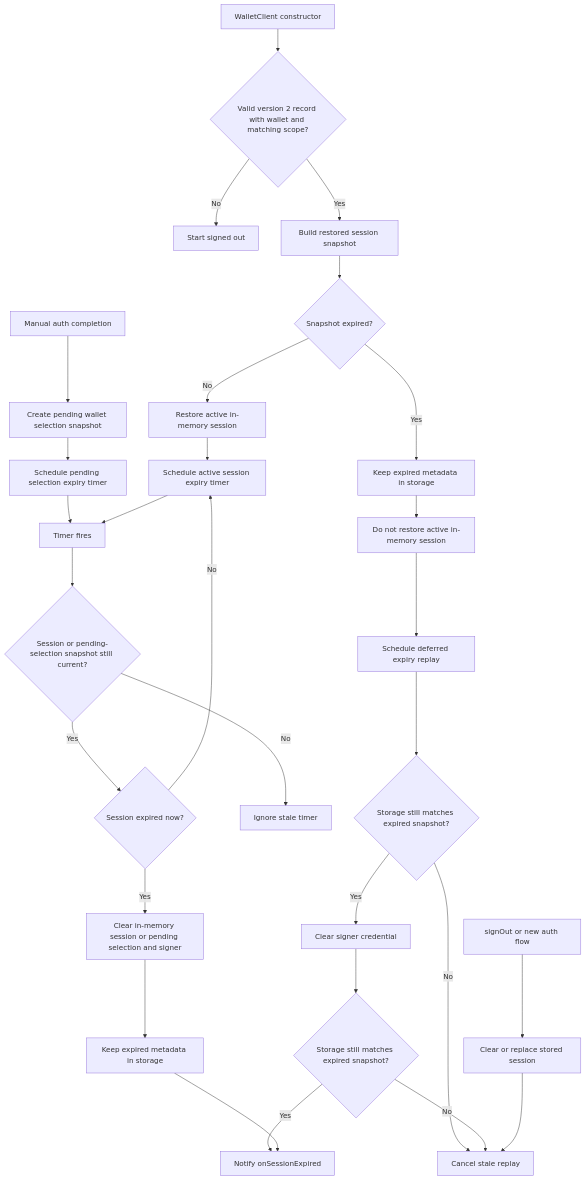
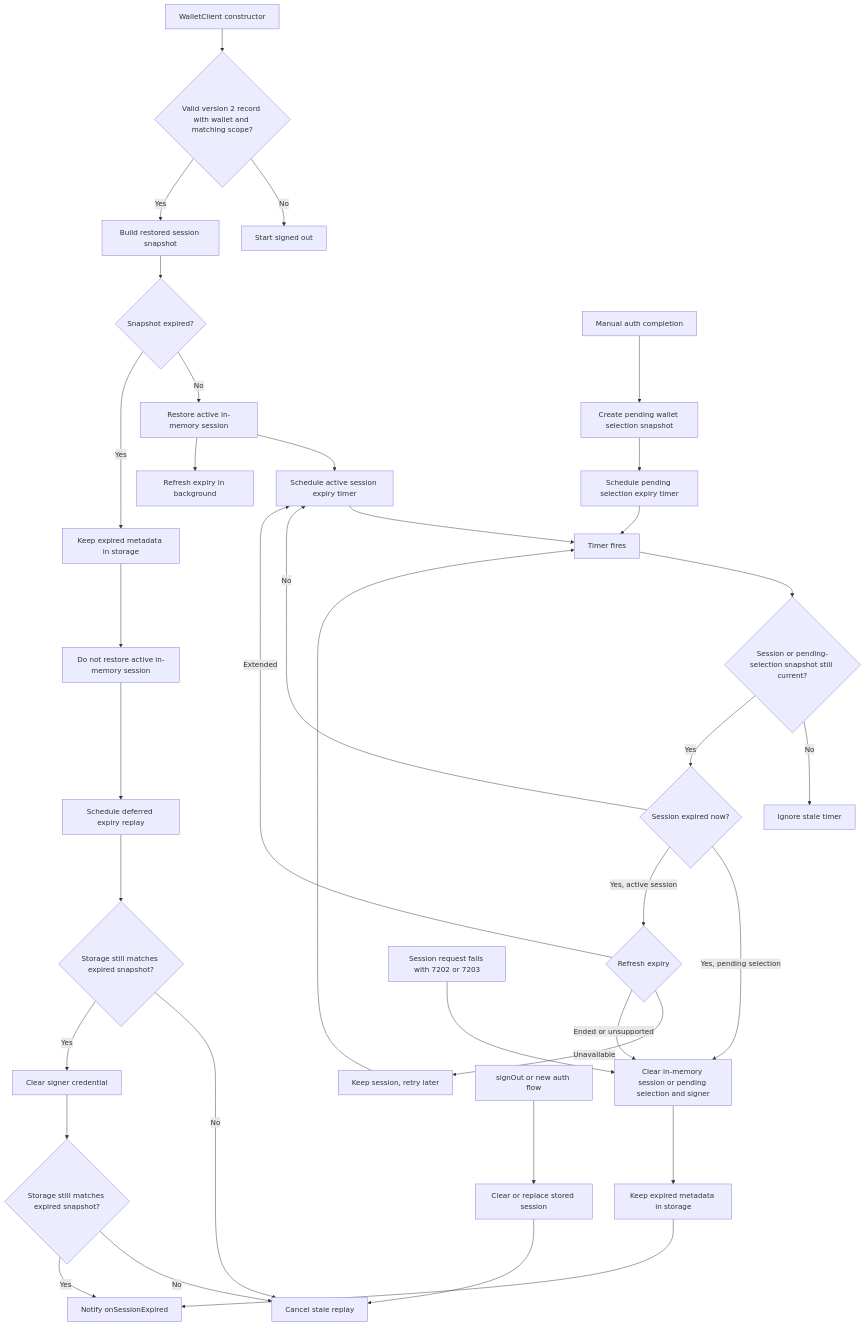
The diagram in packages/oms-wallet/docs/session-expiry-flow.md (0xPolygon/oms-wallet-typescript-sdk), drawn with Mermaid before and after one commit. The commit also changed other lines of this file and 16 other files, not shown here.

First line of the commit message:
feat(session): refresh the sliding credential expiry

````diff
--- a/packages/oms-wallet/docs/session-expiry-flow.md
+++ b/packages/oms-wallet/docs/session-expiry-flow.md
@@ -16,39 +40,47 @@
 ```mermaid
 flowchart TD
   A["WalletClient constructor"] --> B{"Valid version 2 record with wallet and matching scope?"}
   B -- "No" --> C["Start signed out"]
 
   B -- "Yes" --> D["Build restored session snapshot"]
   D --> E{"Snapshot expired?"}
 
   E -- "No" --> F["Restore active in-memory session"]
   F --> G["Schedule active session expiry timer"]
 
   X["Manual auth completion"] --> Y["Create pending wallet selection snapshot"]
   Y --> Z["Schedule pending selection expiry timer"]
   Z --> P
 
   E -- "Yes" --> H["Keep expired metadata in storage"]
   H --> I["Do not restore active in-memory session"]
   I --> J["Schedule deferred expiry replay"]
 
   J --> K{"Storage still matches expired snapshot?"}
   K -- "No" --> L["Cancel stale replay"]
   K -- "Yes" --> M["Clear signer credential"]
 
   M --> N{"Storage still matches expired snapshot?"}
   N -- "No" --> L
   N -- "Yes" --> O["Notify onSessionExpired"]
 
+  F --> FR["Refresh expiry in background"]
   G --> P["Timer fires"]
   P --> Q{"Session or pending-selection snapshot still current?"}
   Q -- "No" --> R["Ignore stale timer"]
   Q -- "Yes" --> S{"Session expired now?"}
   S -- "No" --> G
-  S -- "Yes" --> T["Clear in-memory session or pending selection and signer"]
+  S -- "Yes, pending selection" --> T["Clear in-memory session or pending selection and signer"]
+  S -- "Yes, active session" --> RF{"Refresh expiry"}
+  RF -- "Extended" --> G
+  RF -- "Unavailable" --> RT["Keep session, retry later"]
+  RT --> P
+  RF -- "Ended or unsupported" --> T
   T --> U["Keep expired metadata in storage"]
   U --> O
+
+  AC["Session request fails with 7202 or 7203"] --> T
 
   V["signOut or new auth flow"] --> W["Clear or replace stored session"]
   W --> L
 ```
````
